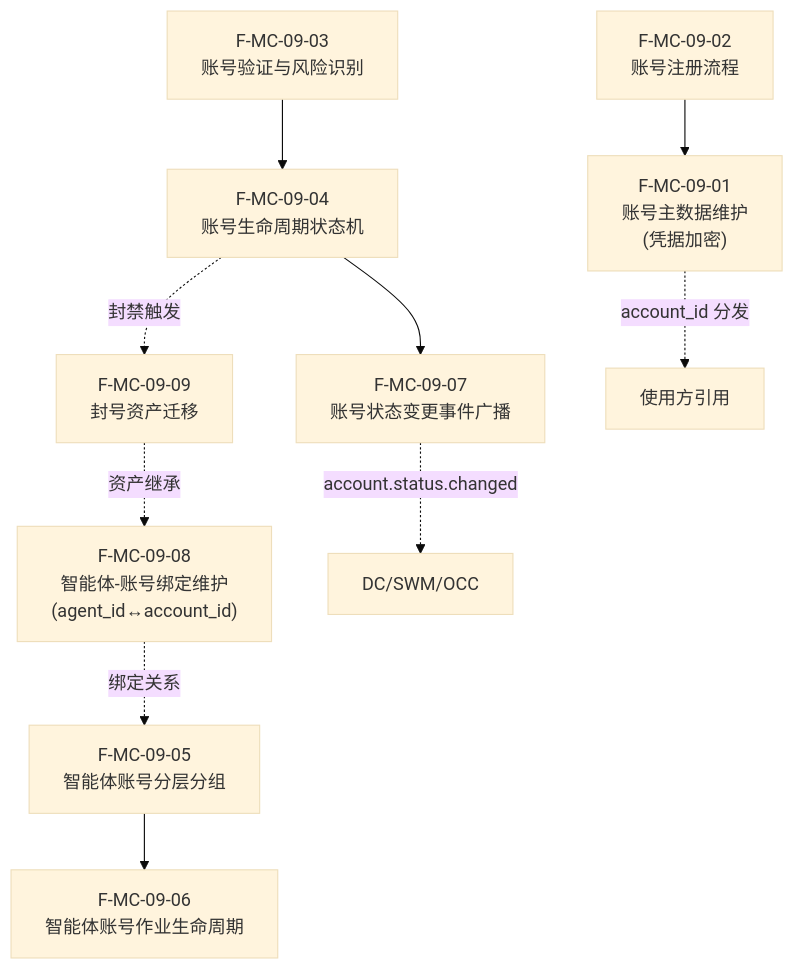
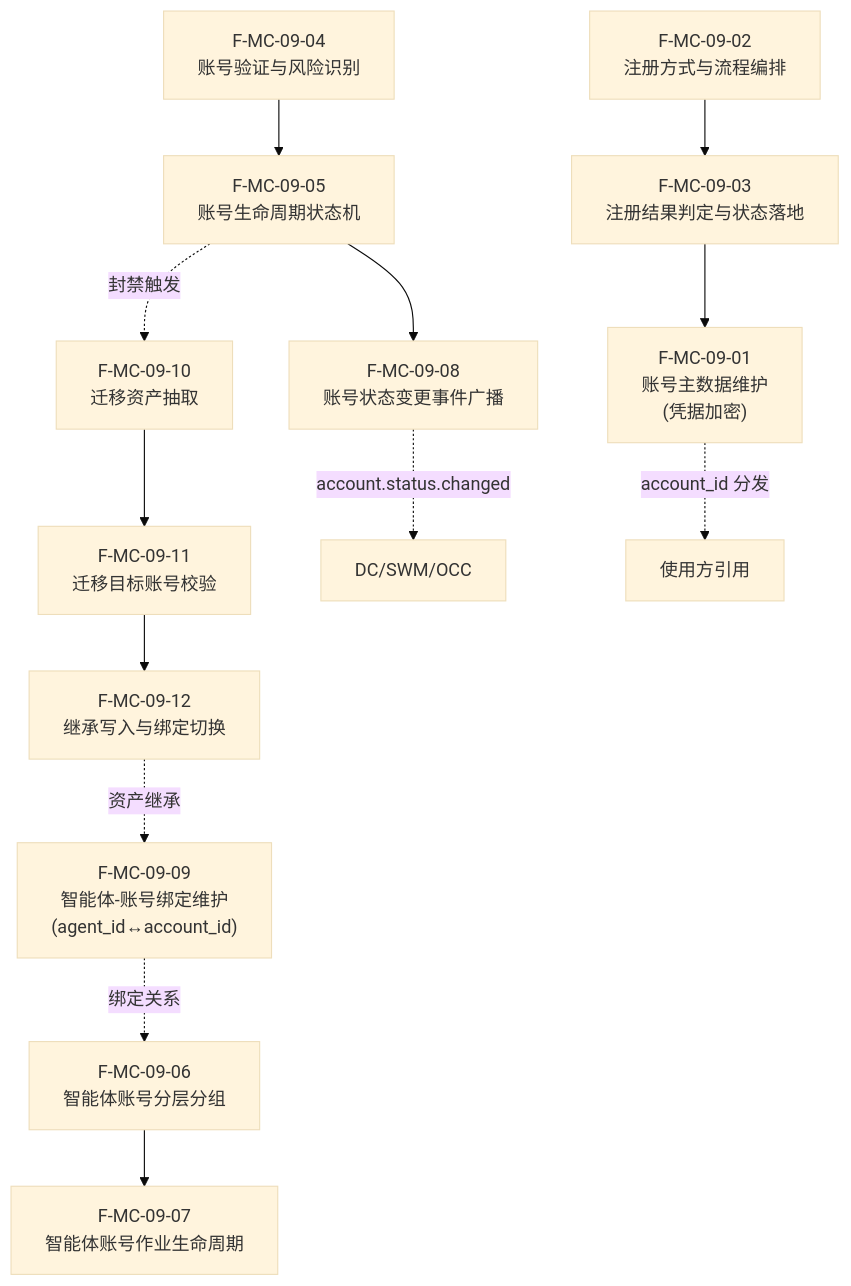
One commit to Sj-g/obsidian changed diagram 19 of 47 in 公司项目/认知作战/文档/软件概要设计-架构图.md. Above: the diagram before and after it, drawn with Mermaid (base theme). The commit also changed other lines of this file and 2 other files, not shown here.

````diff
--- a/公司项目/认知作战/文档/软件概要设计-架构图.md
+++ b/公司项目/认知作战/文档/软件概要设计-架构图.md
@@ -446,22 +452,27 @@
 ```mermaid
 flowchart TB
     F0901["F-MC-09-01<br/>账号主数据维护<br/>(凭据加密)"]
-    F0902["F-MC-09-02<br/>账号注册流程"]
-    F0903["F-MC-09-03<br/>账号验证与风险识别"]
-    F0904["F-MC-09-04<br/>账号生命周期状态机"]
-    F0905["F-MC-09-05<br/>智能体账号分层分组"]
-    F0906["F-MC-09-06<br/>智能体账号作业生命周期"]
-    F0907["F-MC-09-07<br/>账号状态变更事件广播"]
-    F0908["F-MC-09-08<br/>智能体-账号绑定维护<br/>(agent_id↔account_id)"]
-    F0909["F-MC-09-09<br/>封号资产迁移"]
+    F0902["F-MC-09-02<br/>注册方式与流程编排"]
+    F0903["F-MC-09-03<br/>注册结果判定与状态落地"]
+    F0904["F-MC-09-04<br/>账号验证与风险识别"]
+    F0905["F-MC-09-05<br/>账号生命周期状态机"]
+    F0906["F-MC-09-06<br/>智能体账号分层分组"]
+    F0907["F-MC-09-07<br/>智能体账号作业生命周期"]
+    F0908["F-MC-09-08<br/>账号状态变更事件广播"]
+    F0909["F-MC-09-09<br/>智能体-账号绑定维护<br/>(agent_id↔account_id)"]
+    F0910["F-MC-09-10<br/>迁移资产抽取"]
+    F0911["F-MC-09-11<br/>迁移目标账号校验"]
+    F0912["F-MC-09-12<br/>继承写入与绑定切换"]
 
-    F0902 --> F0901
-    F0903 --> F0904
-    F0904 --> F0907
-    F0905 --> F0906
-    F0908 -.->|"绑定关系"| F0905
-    F0904 -.->|"封禁触发"| F0909
-    F0909 -.->|"资产继承"| F0908
-    F0907 -.->|"account.status.changed"| EXT["DC/SWM/OCC"]
+    F0902 --> F0903
+    F0903 --> F0901
+    F0904 --> F0905
+    F0905 --> F0908
+    F0906 --> F0907
+    F0909 -.->|"绑定关系"| F0906
+    F0905 -.->|"封禁触发"| F0910
+    F0910 --> F0911 --> F0912
+    F0912 -.->|"资产继承"| F0909
+    F0908 -.->|"account.status.changed"| EXT["DC/SWM/OCC"]
     F0901 -.->|"account_id 分发"| EXT2["使用方引用"]
 ```
````
